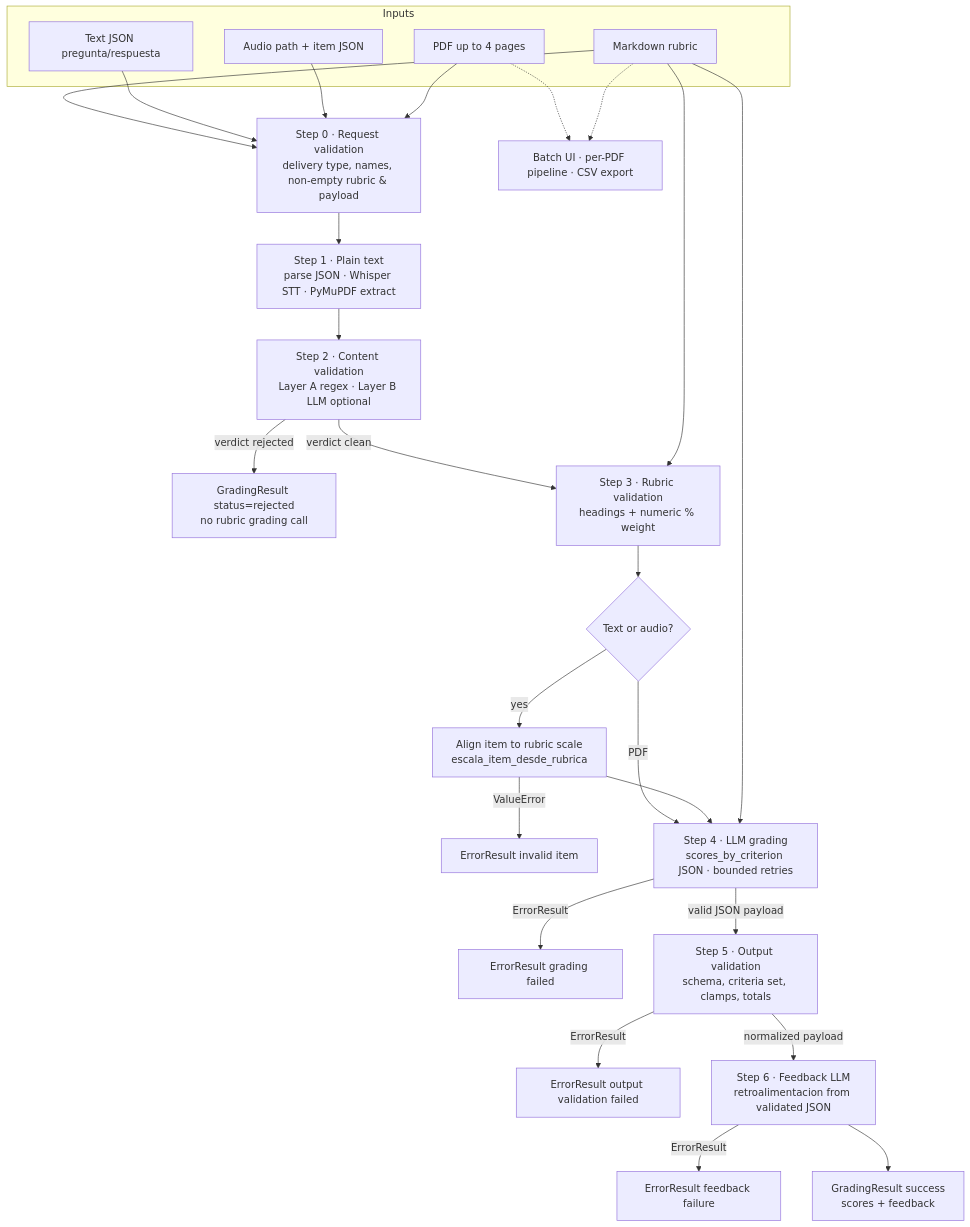
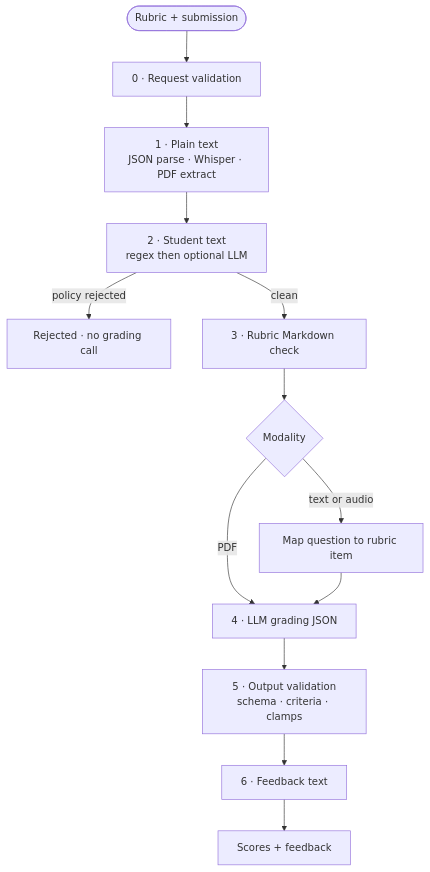
The diagram in README.md (jazorro11/grader-agent), drawn with Mermaid before and after one commit. The commit also changed other lines of this file, not shown here.

Commit message:
Refine grading pipeline documentation and expand results output
- Updated `README.md` to clarify the single-request grading flow and improve the diagram for better understanding of the grading process.
- Enhanced the `resultados.json` file with additional student grading results and detailed feedback, providing more comprehensive evaluation insights.
- Omitted failure cases from the diagram for clarity, directing users to the complete validation stages documentation.

Made-with: Cursor

````diff
--- a/README.md
+++ b/README.md
@@ -32,50 +32,15 @@
 ```mermaid
 flowchart TD
-  subgraph inputs["Inputs"]
-    Rubric["Markdown rubric"]
-    Text["Text JSON pregunta/respuesta"]
-    Audio["Audio path + item JSON"]
-    PDF["PDF up to 4 pages"]
-  end
-
-  S0["Step 0 · Request validation<br/>delivery type, names, non-empty rubric & payload"]
-  S1["Step 1 · Plain text<br/>parse JSON · Whisper STT · PyMuPDF extract"]
-  S2["Step 2 · Content validation<br/>Layer A regex · Layer B LLM optional"]
-  Rej["GradingResult status=rejected<br/>no rubric grading call"]
-  S3["Step 3 · Rubric validation<br/>headings + numeric % weight"]
-  Br{"Text or audio?"}
-  Map["Align item to rubric scale<br/>escala_item_desde_rubrica"]
-  MapErr["ErrorResult invalid item"]
-  S4["Step 4 · LLM grading<br/>scores_by_criterion JSON · bounded retries"]
-  S4err["ErrorResult grading failed"]
-  S5["Step 5 · Output validation<br/>schema, criteria set, clamps, totals"]
-  S5err["ErrorResult output validation failed"]
-  S6["Step 6 · Feedback LLM<br/>retroalimentacion from validated JSON"]
-  FBerr["ErrorResult feedback failure"]
-  OK["GradingResult success<br/>scores + feedback"]
-  CSV["Batch UI · per-PDF pipeline · CSV export"]
-
-  Rubric --> S0
-  Text --> S0
-  Audio --> S0
-  PDF --> S0
-  S0 --> S1
-  S1 --> S2
-  S2 -->|verdict rejected| Rej
-  S2 -->|verdict clean| S3
-  Rubric --> S3
-  S3 --> Br
-  Br -->|yes| Map
-  Br -->|PDF| S4
-  Map -->|ValueError| MapErr
-  Map --> S4
-  Rubric --> S4
-  S4 -->|valid JSON payload| S5
-  S4 -->|ErrorResult| S4err
-  S5 -->|ErrorResult| S5err
-  S5 -->|normalized payload| S6
-  S6 -->|ErrorResult| FBerr
-  S6 --> OK
-  PDF -.-> CSV
-  Rubric -.-> CSV
+  IN([Rubric + submission]) --> S0[0 · Request validation]
+  S0 --> S1[1 · Plain text<br/>JSON parse · Whisper · PDF extract]
+  S1 --> S2[2 · Student text<br/>regex then optional LLM]
+  S2 -->|policy rejected| RJ[Rejected · no grading call]
+  S2 -->|clean| S3[3 · Rubric Markdown check]
+  S3 --> MOD{Modality}
+  MOD -->|text or audio| MAP[Map question to rubric item]
+  MOD -->|PDF| S4[4 · LLM grading JSON]
+  MAP --> S4
+  S4 --> S5[5 · Output validation<br/>schema · criteria · clamps]
+  S5 --> S6[6 · Feedback text]
+  S6 --> OK[Scores + feedback]
 ```
````
